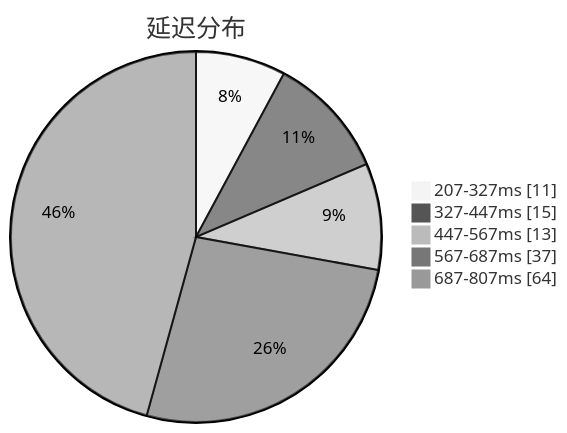
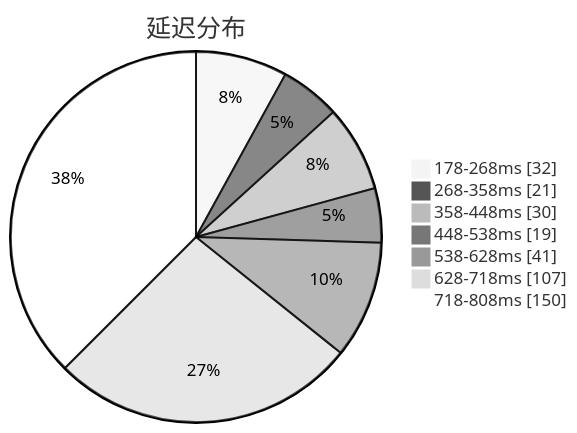
One commit to qjlxg/airport changed the first of 3 diagrams in subs/statistics/tested_within.md. Above: the diagram before and after it, drawn with Mermaid (neutral theme). The commit also changed other lines of this file and 2 other files, not shown here.

````diff
--- a/subs/statistics/tested_within.md
+++ b/subs/statistics/tested_within.md
@@ -2,9 +2,11 @@
 ```mermaid
 pie showData
 title 延迟分布
-"207-327ms" : 11
-"327-447ms" : 15
-"447-567ms" : 13
-"567-687ms" : 37
-"687-807ms" : 64
+"178-268ms" : 32
+"268-358ms" : 21
+"358-448ms" : 30
+"448-538ms" : 19
+"538-628ms" : 41
+"628-718ms" : 107
+"718-808ms" : 150
 ```
````
